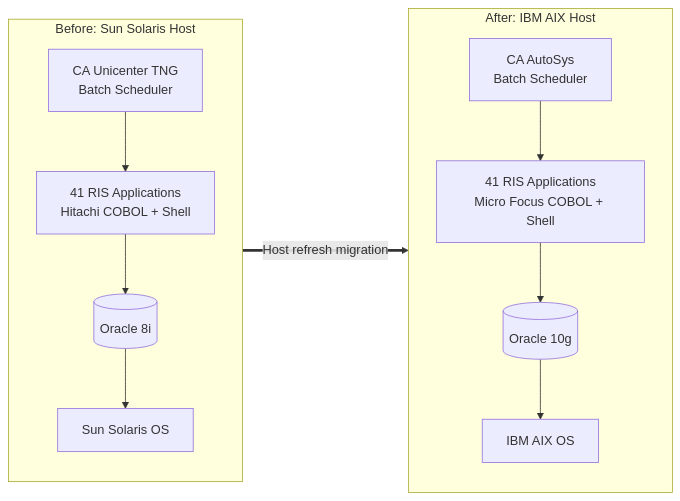
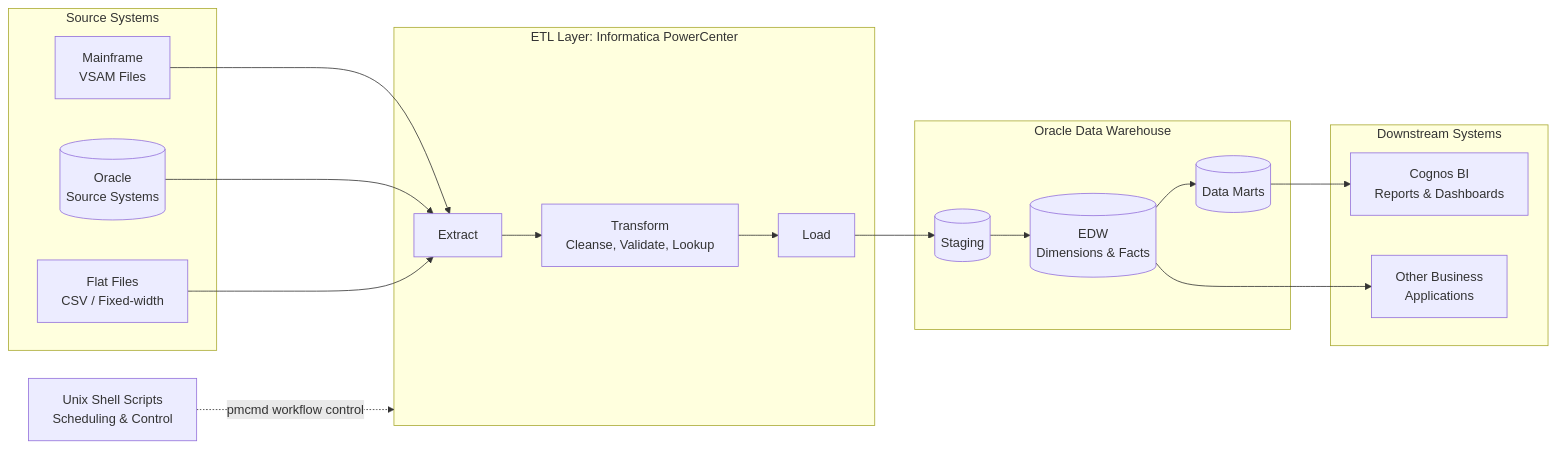
Before and after one commit to ThanigaivelG2405/DataWarehouse: the first of 2 diagrams in 711_RIS_APPLICATION_REFRESH.md, drawn with Mermaid. The commit also changed other lines of this file, not shown here.

````diff
--- a/711_RIS_APPLICATION_REFRESH.md
+++ b/711_RIS_APPLICATION_REFRESH.md
@@ -43,20 +33,33 @@
 ```mermaid
 flowchart LR
-    subgraph Legacy["Before: Sun Solaris Host"]
-        direction TB
-        L_SCH["CA Unicenter TNG<br/>Batch Scheduler"]
-        L_APP["41 RIS Applications<br/>Hitachi COBOL + Shell"]
-        L_DB[("Oracle 8i")]
-        L_OS["Sun Solaris OS"]
-        L_SCH --> L_APP --> L_DB --> L_OS
+    subgraph Sources["Source Systems"]
+        VSAM["Mainframe<br/>VSAM Files"]
+        ORA_SRC[("Oracle<br/>Source Systems")]
+        FLAT["Flat Files<br/>CSV / Fixed-width"]
     end
-    subgraph Target["After: IBM AIX Host"]
-        direction TB
-        T_SCH["CA AutoSys<br/>Batch Scheduler"]
-        T_APP["41 RIS Applications<br/>Micro Focus COBOL + Shell"]
-        T_DB[("Oracle 10g")]
-        T_OS["IBM AIX OS"]
-        T_SCH --> T_APP --> T_DB --> T_OS
+    subgraph ETL["ETL Layer: Informatica PowerCenter"]
+        EXT["Extract"]
+        TRN["Transform<br/>Cleanse, Validate, Lookup"]
+        LOAD["Load"]
+        EXT --> TRN --> LOAD
     end
-    Legacy ==>|"Host refresh migration"| Target
+    subgraph DWH["Oracle Data Warehouse"]
+        STG[("Staging")]
+        EDW[("EDW<br/>Dimensions & Facts")]
+        DM[("Data Marts")]
+        STG --> EDW --> DM
+    end
+    subgraph Consumers["Downstream Systems"]
+        COG["Cognos BI<br/>Reports & Dashboards"]
+        APPS["Other Business<br/>Applications"]
+    end
+    SH["Unix Shell Scripts<br/>Scheduling & Control"]
+
+    VSAM --> EXT
+    ORA_SRC --> EXT
+    FLAT --> EXT
+    LOAD --> STG
+    DM --> COG
+    EDW --> APPS
+    SH -.->|"pmcmd workflow control"| ETL
 ```
````
